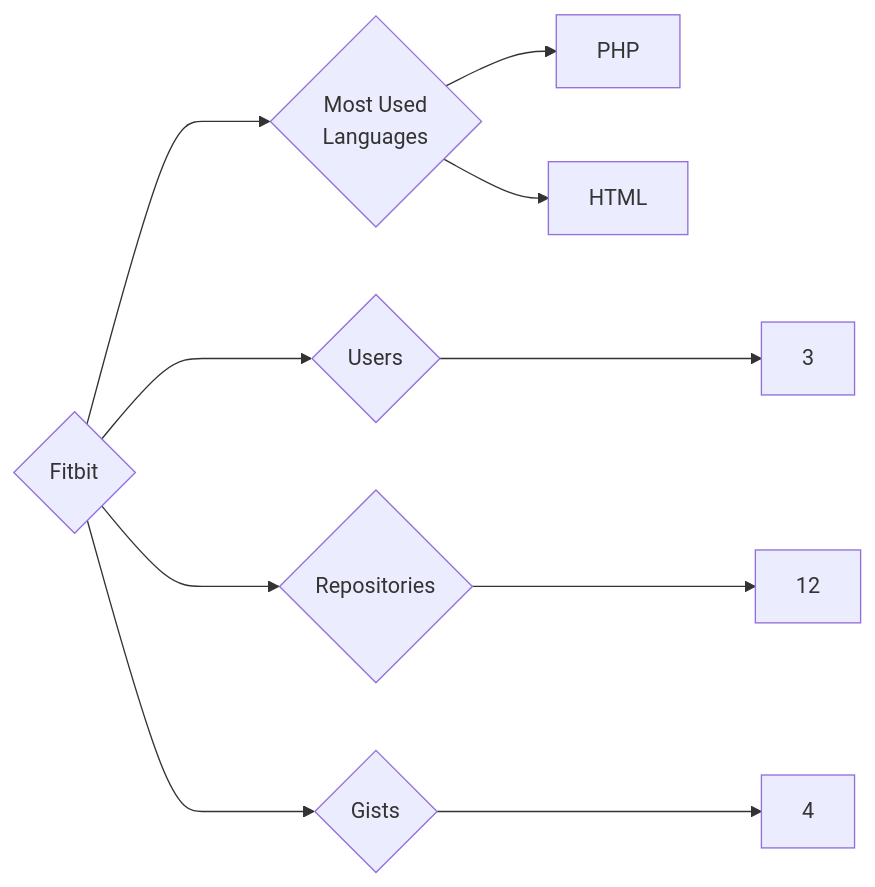
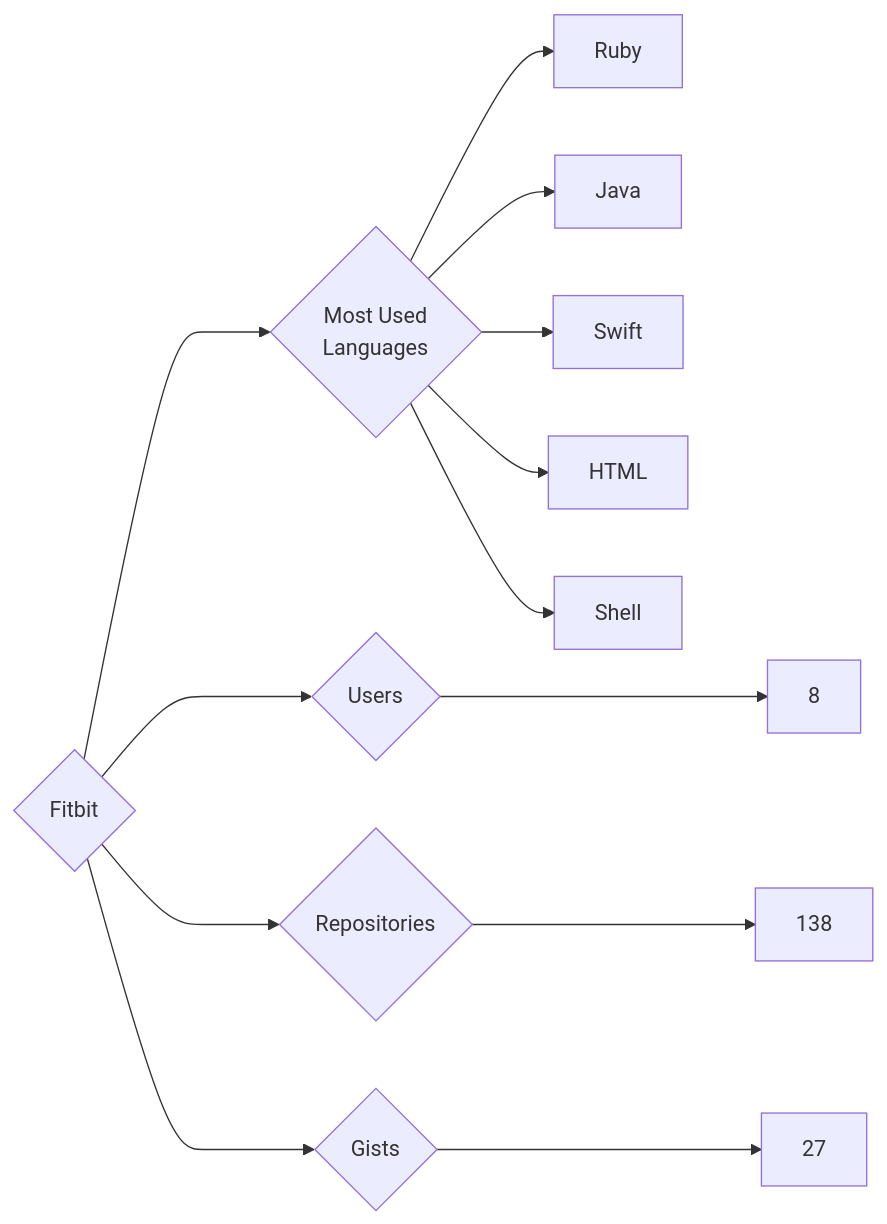
Before and after one commit to trickest/insiders: the diagram in targets/Fitbit/README.md, drawn with Mermaid. The commit also changed 1170 other files, not shown here.

````diff
--- a/targets/Fitbit/README.md
+++ b/targets/Fitbit/README.md
@@ -3,10 +3,13 @@
 ```mermaid
 graph LR
 COMPANY_NAME{Fitbit}
-COMPANY_NAME ---> U{Users} ---> UN[3]
-COMPANY_NAME ---> R{Repositories} ---> RN[12]
-COMPANY_NAME ---> G{Gists} ---> GN[4]
+COMPANY_NAME ---> U{Users} ---> UN[8]
+COMPANY_NAME ---> R{Repositories} ---> RN[138]
+COMPANY_NAME ---> G{Gists} ---> GN[27]
 COMPANY_NAME ---> ML{Most Used<br>Languages}
-ML --> PHP[PHP]
+ML --> Ruby[Ruby]
+ML --> Java[Java]
+ML --> Swift[Swift]
 ML --> HTML[HTML]
+ML --> Shell[Shell]
 ```
````
